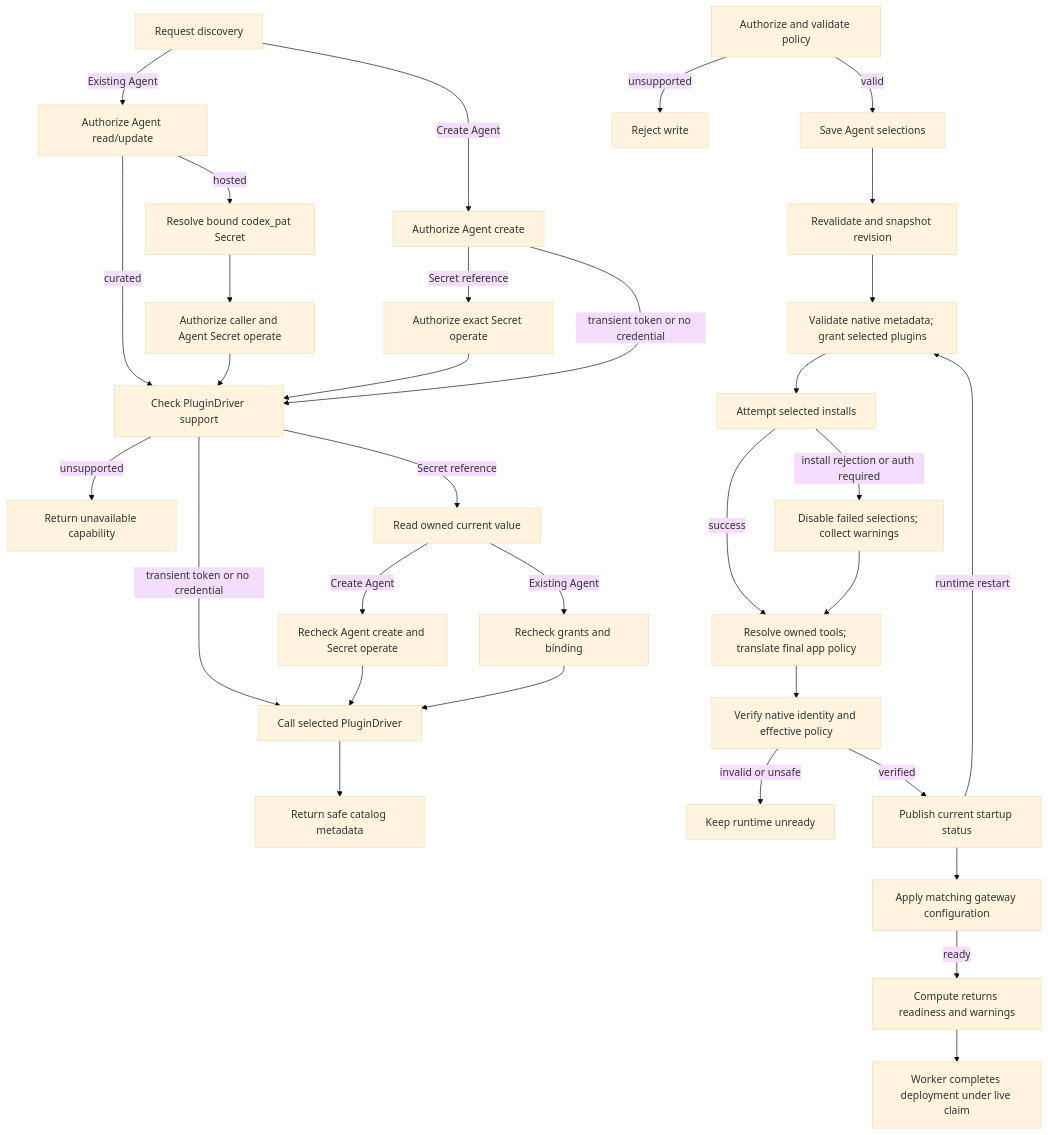
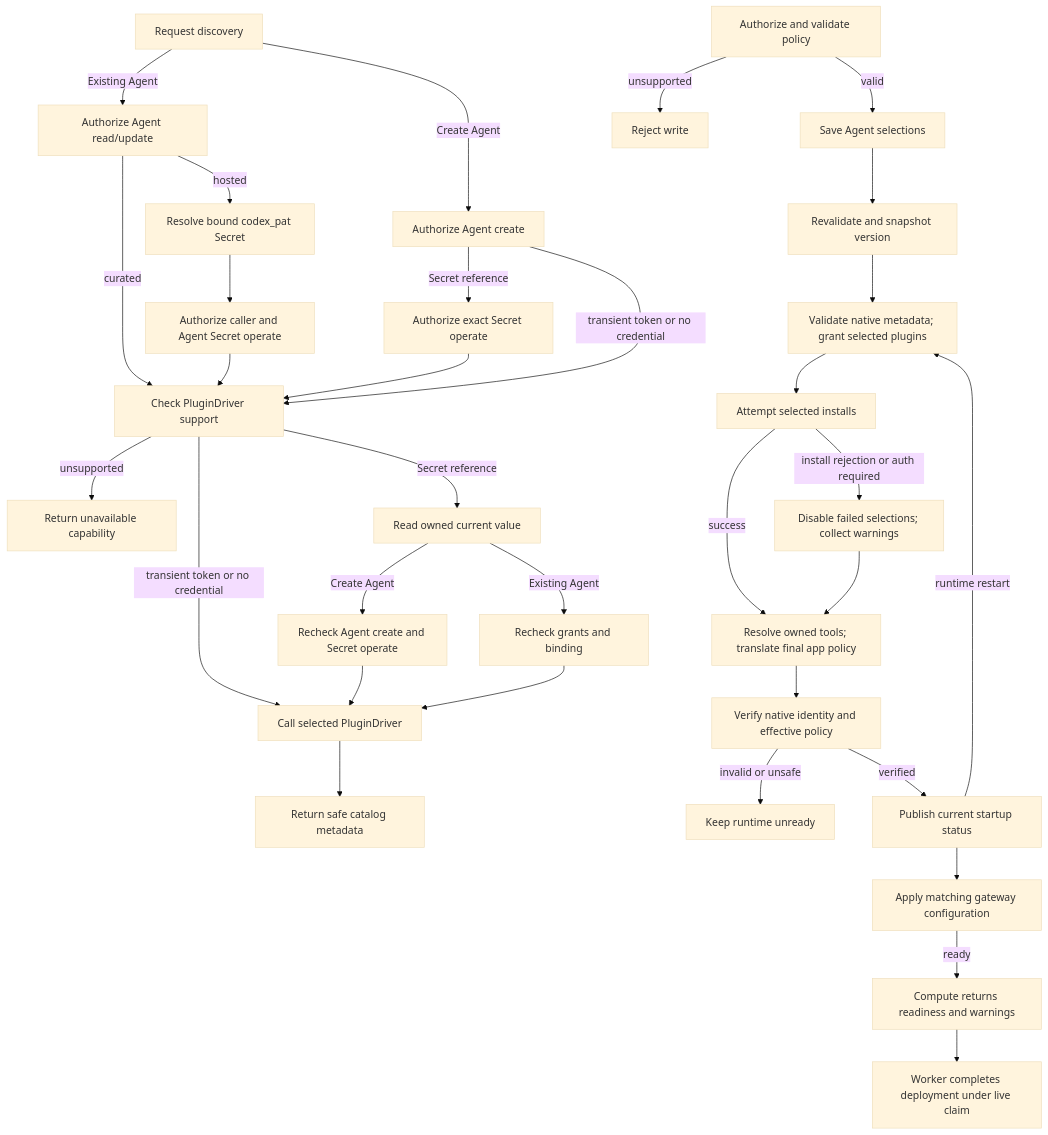
One commit to openclaw/openclaw-enterprise changed the diagram in docs/flows/agent-plugins.md. Above: the diagram before and after it, drawn with Mermaid (base theme). The commit also changed other lines of this file and 198 other files, not shown here.

````diff
--- a/docs/flows/agent-plugins.md
+++ b/docs/flows/agent-plugins.md
@@ -30,35 +30,35 @@
 ```mermaid
 graph TD
   D0["Request discovery"] -->|Create Agent| D1["Authorize Agent create"]
   D0 -->|Existing Agent| E0["Authorize Agent read/update"]
   E0 -->|curated| D6
   E0 -->|hosted| E1["Resolve bound codex_pat Secret"]
   E1 --> E2["Authorize caller and Agent Secret operate"]
   E2 --> D6
   D1 -->|Secret reference| D2["Authorize exact Secret operate"]
   D2 --> D6["Check PluginDriver support"]
   D1 -->|transient token or no credential| D6
   D6 -->|unsupported| D7["Return unavailable capability"]
   D6 -->|Secret reference| D3["Read owned current value"]
   D6 -->|transient token or no credential| D4["Call selected PluginDriver"]
   D3 -->|Create Agent| E4["Recheck Agent create and Secret operate"]
   E4 --> D4
   D3 -->|Existing Agent| E3["Recheck grants and binding"]
   E3 --> D4
   D4 --> D5["Return safe catalog metadata"]
   A["Authorize and validate policy"] -->|valid| S["Save Agent selections"]
   A -->|unsupported| Y["Reject write"]
-  S --> B["Revalidate and snapshot revision"]
+  S --> B["Revalidate and snapshot version"]
   B --> C["Validate native metadata; grant selected plugins"]
   C --> D["Attempt selected installs"]
   D -->|install rejection or auth required| E["Disable failed selections; collect warnings"]
   D -->|success| T["Resolve owned tools; translate final app policy"]
   E --> T
   T --> F["Verify native identity and effective policy"]
   F -->|invalid or unsafe| X["Keep runtime unready"]
   F -->|verified| G["Publish current startup status"]
   G --> H["Apply matching gateway configuration"]
   H -->|ready| I["Compute returns readiness and warnings"]
   I --> J["Worker completes deployment under live claim"]
   G -->|runtime restart| C
 ```
````
